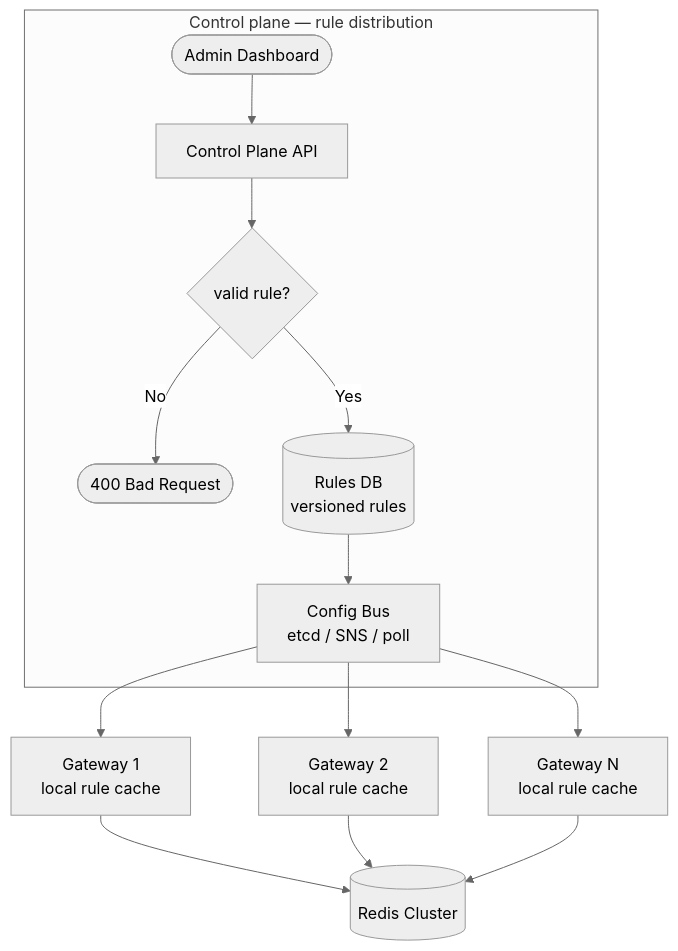
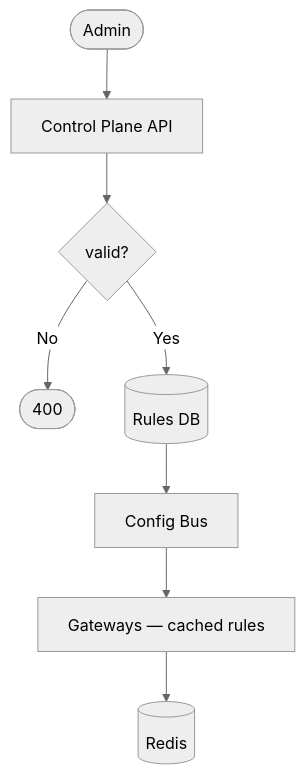
Before and after one commit to amanjaiswal30/dsa-solutions: the diagram in assets/images/high_level_design/01_flow_control_plane.mmd, drawn with Mermaid (neutral theme). The commit also changed 50 other files, not shown here.

```diff
--- a/assets/images/high_level_design/01_flow_control_plane.mmd
+++ b/assets/images/high_level_design/01_flow_control_plane.mmd
@@ -1,16 +1,8 @@
-flowchart TB
-    subgraph ControlPlane["Control plane — rule distribution"]
-        ADM([Admin Dashboard]) --> CP[Control Plane API]
-        CP --> VAL{valid rule?}
-        VAL -->|No| ERR([400 Bad Request])
-        VAL -->|Yes| DB[(Rules DB<br/>versioned rules)]
-        DB --> PUB[Config Bus<br/>etcd / SNS / poll]
-    end
-
-    PUB --> GW1[Gateway 1<br/>local rule cache]
-    PUB --> GW2[Gateway 2<br/>local rule cache]
-    PUB --> GWN[Gateway N<br/>local rule cache]
-
-    GW1 --> REDIS[(Redis Cluster)]
-    GW2 --> REDIS
-    GWN --> REDIS
+flowchart TD
+    ADM([Admin]) --> CP[Control Plane API]
+    CP --> VAL{valid?}
+    VAL -->|No| ERR([400])
+    VAL -->|Yes| DB[(Rules DB)]
+    DB --> BUS[Config Bus]
+    BUS --> GW[Gateways — cached rules]
+    GW --> REDIS[(Redis)]
```
